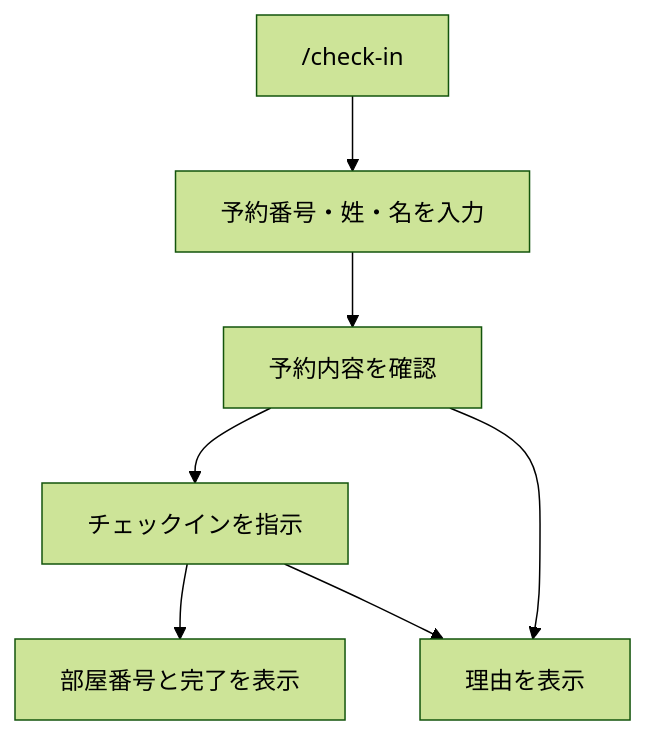
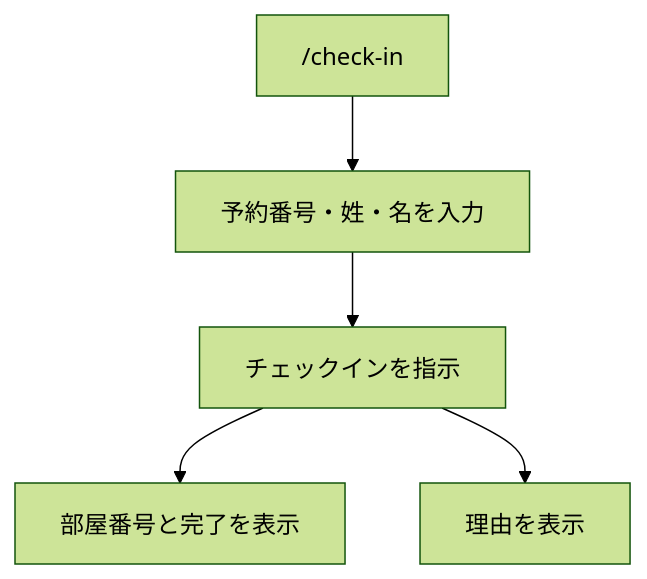
One commit to 97kuek/HRS changed the third of 5 diagrams in docs/design/ui-routing-design.md. Above: the diagram before and after it, drawn with Mermaid (forest theme). The commit also changed other lines of this file and 21 other files, not shown here.

````diff
--- a/docs/design/ui-routing-design.md
+++ b/docs/design/ui-routing-design.md
@@ -112,15 +113,12 @@
 ```mermaid
 flowchart TD
     start["/check-in"]
     input["予約番号・姓・名を入力"]
-    lookup["予約内容を確認"]
-    confirm["チェックインを指示"]
+    submit["チェックインを指示"]
     complete["部屋番号と完了を表示"]
     error["理由を表示"]
 
-    start --> input --> lookup
-    lookup --> confirm
-    lookup --> error
-    confirm --> complete
-    confirm --> error
+    start --> input --> submit
+    submit --> complete
+    submit --> error
 ```
````
